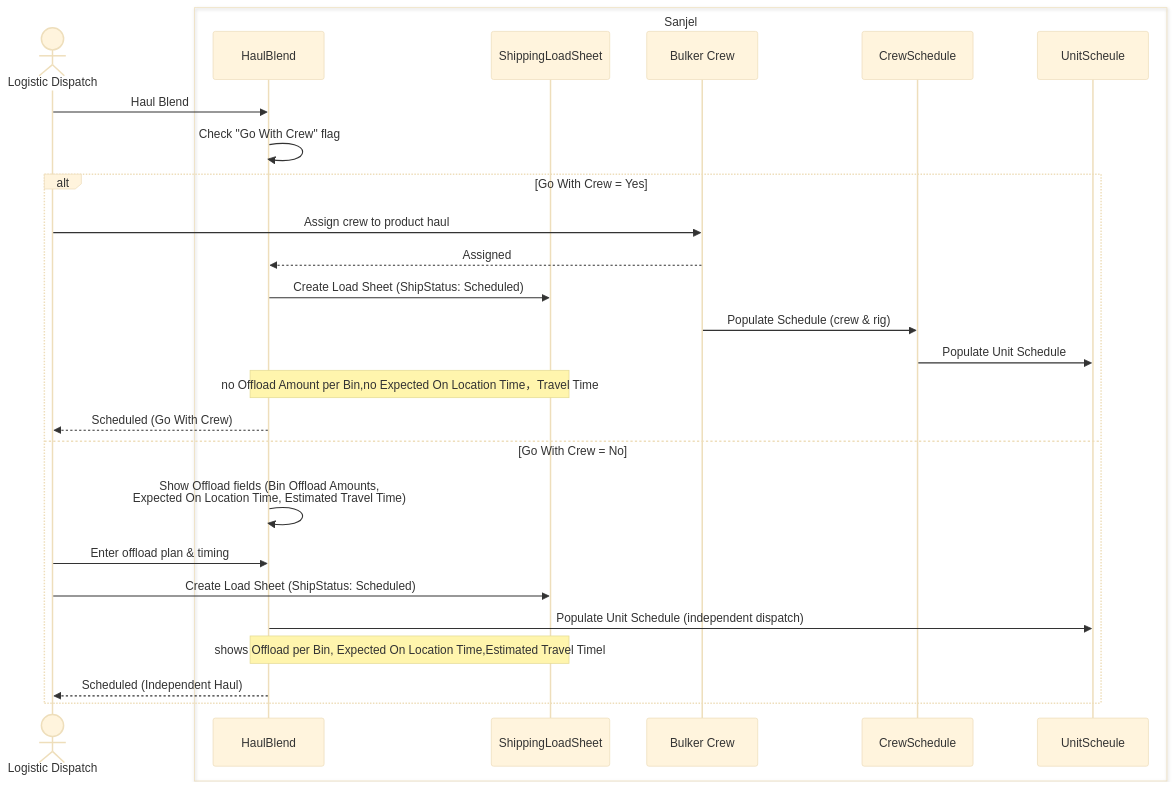
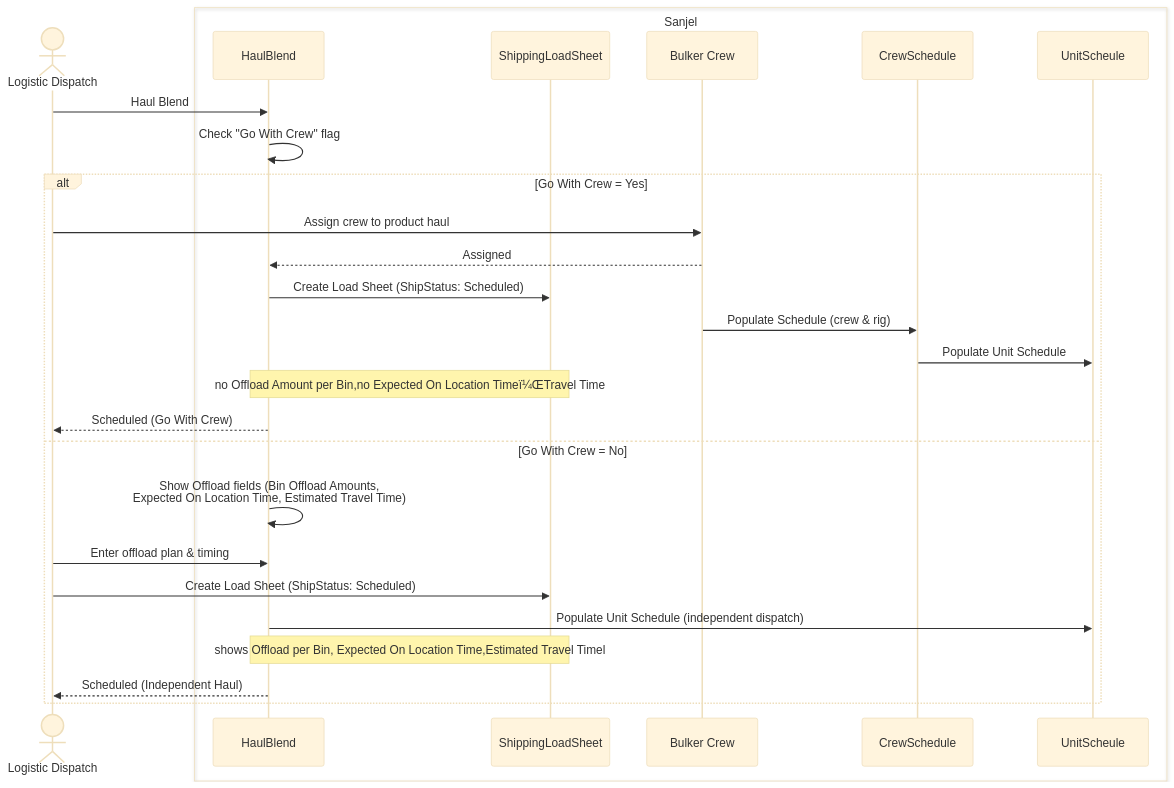
Before and after one commit to Sanjel-Energy-Services/eService_WorkItems: the second of 2 diagrams in Documents/04 - Cementing Service Request/10 - Deliver Material/01 - Schedule Product Haul/collaboration.md, drawn with Mermaid (base theme). The commit also changed other lines of this file and 32 other files, not shown here.

````diff
--- a/Documents/04 - Cementing Service Request/10 - Deliver Material/01 - Schedule Product Haul/collaboration.md
+++ b/Documents/04 - Cementing Service Request/10 - Deliver Material/01 - Schedule Product Haul/collaboration.md
@@ -31,35 +31,35 @@
 ```mermaid
 
 sequenceDiagram
     actor Logi as Logistic Dispatch
 
     box Sanjel
         participant HaulBlend
         participant ShippingLoadSheet
         participant Bulker Crew
         participant CrewSchedule
         participant UnitScheule
     end
 
     Logi->>HaulBlend: Haul Blend 
     HaulBlend->>HaulBlend: Check "Go With Crew" flag
 
     alt Go With Crew = Yes
         Logi->>Bulker Crew: Assign crew to product haul
         Bulker Crew-->>HaulBlend: Assigned
         HaulBlend->>ShippingLoadSheet: Create Load Sheet (ShipStatus: Scheduled)
         Bulker Crew->>CrewSchedule: Populate Schedule (crew & rig)
         CrewSchedule->>UnitScheule: Populate Unit Schedule
-        Note over HaulBlend,ShippingLoadSheet: no Offload Amount per Bin,no Expected On Location Time，Travel Time
+        Note over HaulBlend,ShippingLoadSheet: no Offload Amount per Bin,no Expected On Location Timeï¼ŒTravel Time
         HaulBlend-->>Logi: Scheduled (Go With Crew)
 
     else Go With Crew = No
         HaulBlend->>HaulBlend: Show Offload fields (Bin Offload Amounts,<br/>Expected On Location Time, Estimated Travel Time)
         Logi->>HaulBlend: Enter offload plan & timing
         Logi->>ShippingLoadSheet: Create Load Sheet (ShipStatus: Scheduled)
         HaulBlend->>UnitScheule: Populate Unit Schedule (independent dispatch)
         Note over HaulBlend,ShippingLoadSheet: shows Offload per Bin, Expected On Location Time,Estimated Travel Timel
         HaulBlend-->>Logi: Scheduled (Independent Haul)
     end 
 
 ```
````
